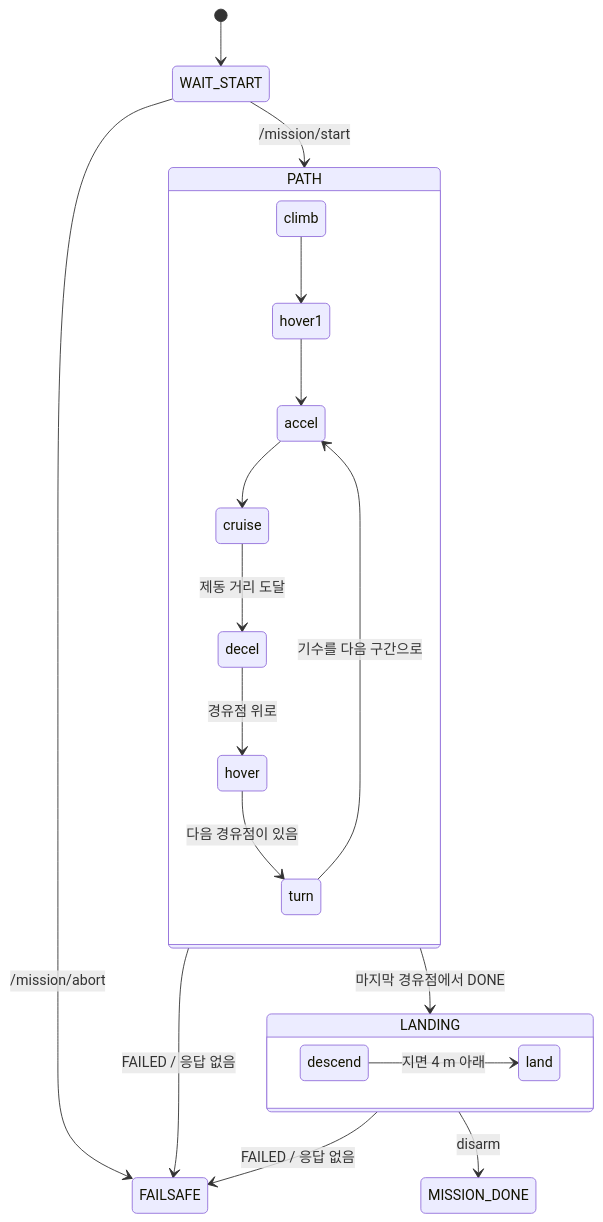
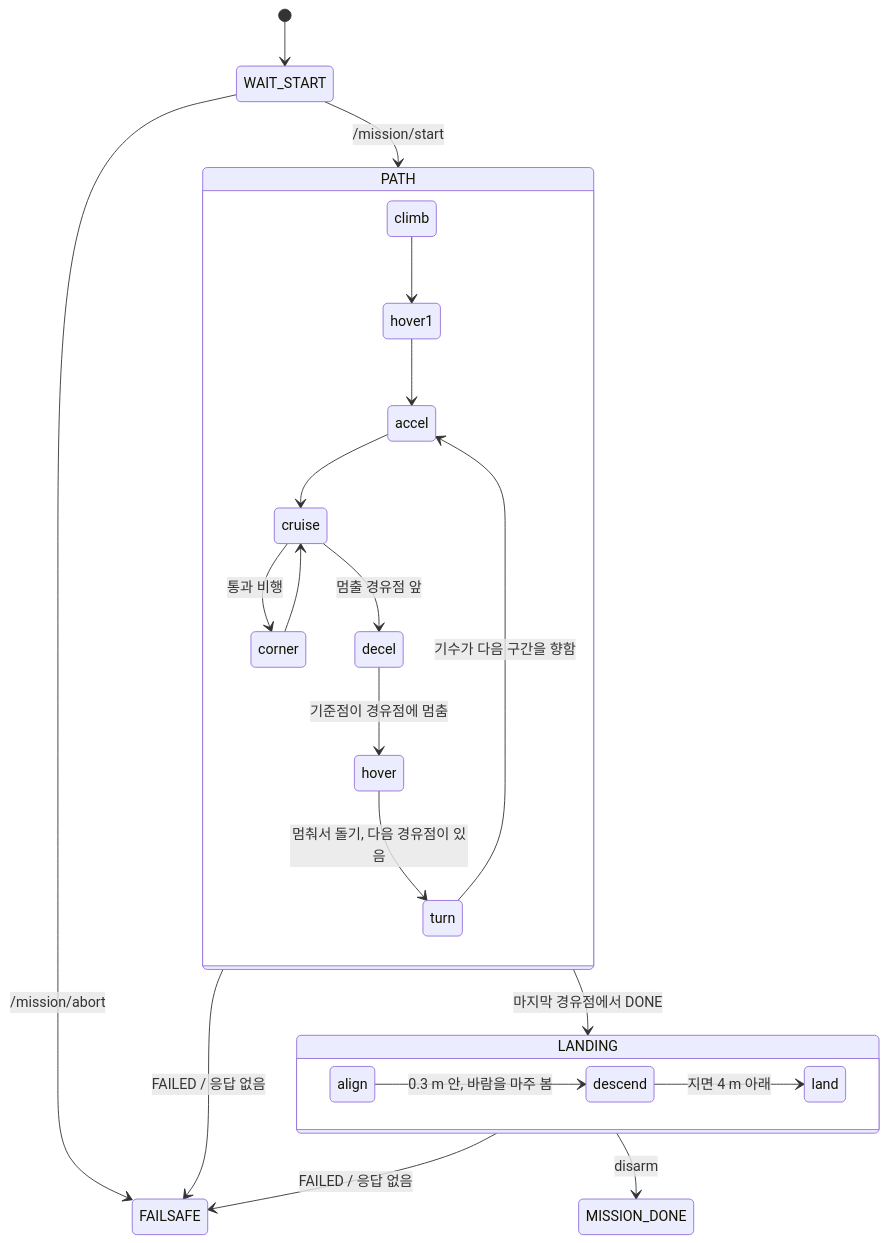
Before and after one commit to postech-psi/Aircraft-VTOL: the fourth of 5 diagrams in docs/00_architecture.md, drawn with Mermaid. The commit also changed other lines of this file and 15 other files, not shown here.

````diff
--- a/docs/00_architecture.md
+++ b/docs/00_architecture.md
@@ -160,25 +163,28 @@
 ```mermaid
 stateDiagram-v2
     direction TB
     [*] --> WAIT_START
     WAIT_START --> PATH: /mission/start
     state PATH {
         direction TB
         climb --> hover1
         hover1 --> accel
         accel --> cruise
-        cruise --> decel: 제동 거리 도달
-        decel --> hover: 경유점 위로
-        hover --> turn: 다음 경유점이 있음
-        turn --> accel: 기수를 다음 구간으로
+        cruise --> corner: 통과 비행
+        corner --> cruise
+        cruise --> decel: 멈출 경유점 앞
+        decel --> hover: 기준점이 경유점에 멈춤
+        hover --> turn: 멈춰서 돌기, 다음 경유점이 있음
+        turn --> accel: 기수가 다음 구간을 향함
     }
     PATH --> LANDING: 마지막 경유점에서 DONE
     state LANDING {
         direction LR
+        align --> descend: 0.3 m 안, 바람을 마주 봄
         descend --> land: 지면 4 m 아래
     }
     LANDING --> MISSION_DONE: disarm
     PATH --> FAILSAFE: FAILED / 응답 없음
     LANDING --> FAILSAFE: FAILED / 응답 없음
     WAIT_START --> FAILSAFE: /mission/abort
 ```
````
